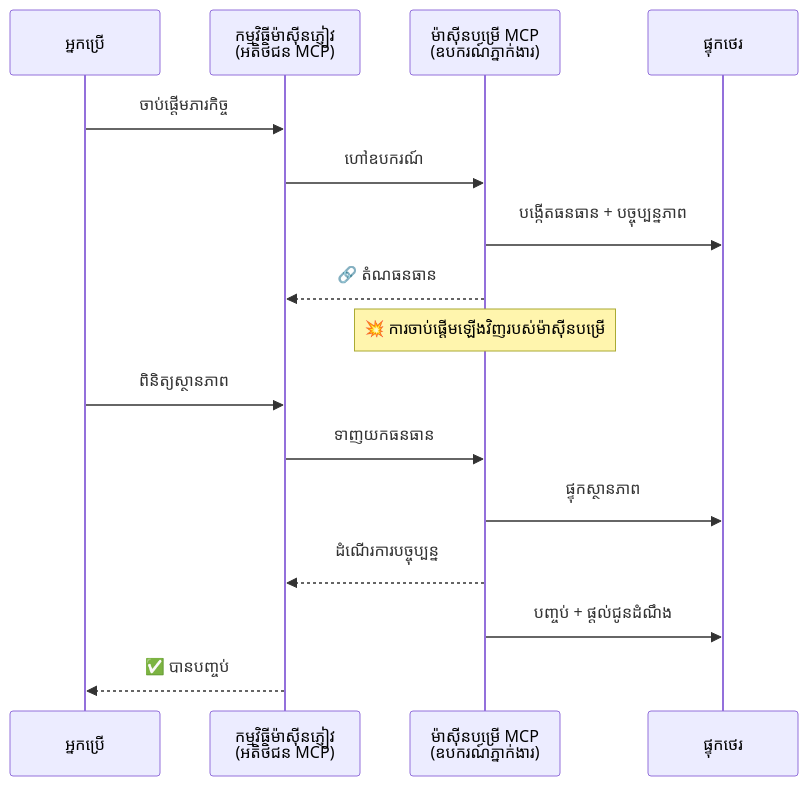
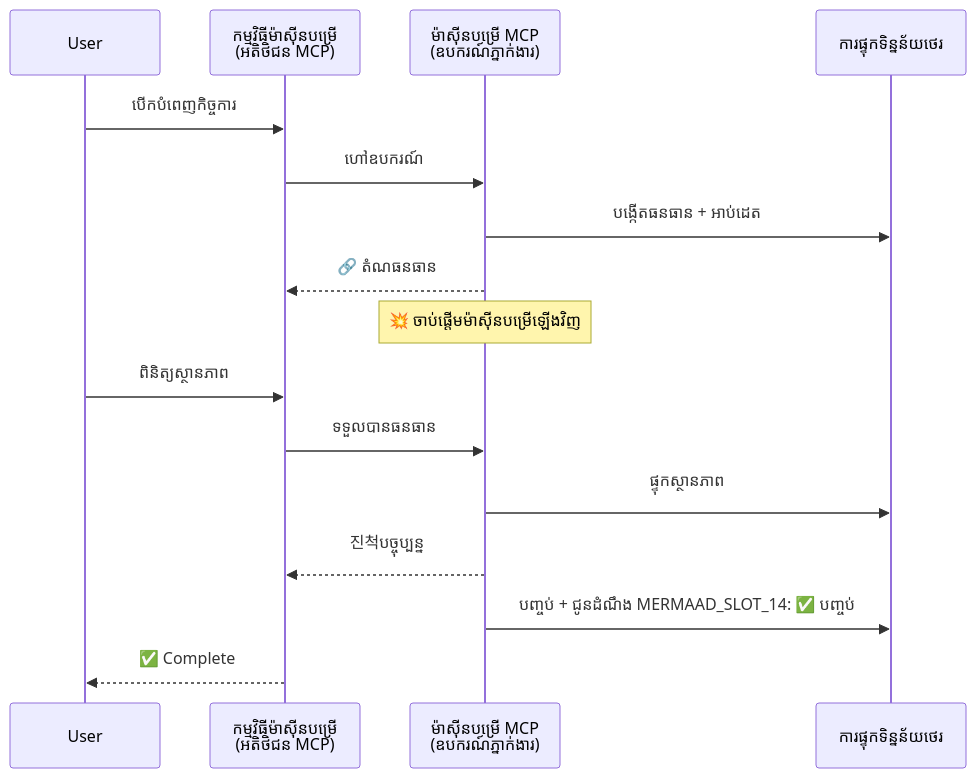
Before and after one commit to gabrielmoreira/agent-skills-mirror: the third of 5 diagrams in mirrors/repos/microsoft@ai-agents-for-beginners/translations/km/11-agentic-protocols/code_samples/mcp-agents/README.md, drawn with Mermaid. The commit also changed other lines of this file and 4262 other files, not shown here.

````diff
--- a/mirrors/repos/microsoft@ai-agents-for-beginners/translations/km/11-agentic-protocols/code_samples/mcp-agents/README.md
+++ b/mirrors/repos/microsoft@ai-agents-for-beginners/translations/km/11-agentic-protocols/code_samples/mcp-agents/README.md
@@ -121,21 +123,21 @@
 ```mermaid
 sequenceDiagram
-    participant User as អ្នកប្រើ
-    participant Host as កម្មវិធីម៉ាស៊ីនភ្ញៀវ<br/>(អតិថិជន MCP)
+    participant User
+    participant Host as កម្មវិធីម៉ាស៊ីនបម្រើ<br/>(អតិថិជន MCP)
     participant Server as ម៉ាស៊ីនបម្រើ MCP<br/>(ឧបករណ៍ភ្នាក់ងារ)
-    participant DB as ផ្ទុកថេរ
+    participant DB as ការផ្ទុកទិន្នន័យថេរ
 
-    User->>Host: ចាប់ផ្ដើមភារកិច្ច
+    User->>Host: បើកបំពេញកិច្ចការ
     Host->>Server: ហៅឧបករណ៍
-    Server->>DB: បង្កើតធនធាន + បច្ចុប្បន្នភាព
+    Server->>DB: បង្កើតធនធាន + អាប់ដេត
     Server-->>Host: 🔗 តំណធនធាន
 
-    Note over Server: 💥 ការចាប់ផ្ដើមឡើងវិញរបស់ម៉ាស៊ីនបម្រើ
+    Note over Server: 💥 ចាប់ផ្តើមម៉ាស៊ីនបម្រើឡើងវិញ
 
     User->>Host: ពិនិត្យស្ថានភាព
-    Host->>Server: ទាញយកធនធាន
+    Host->>Server: ទទួលបានធនធាន
     Server->>DB: ផ្ទុកស្ថានភាព
-    Server-->>Host: ដំណើរការបច្ចុប្បន្ន
-    Server->>DB: បញ្ចប់ + ផ្ដល់ជូនដំណឹង
-    Host-->>User: ✅ បានបញ្ចប់
+    Server-->>Host: 진척បច្ចុប្បន្ន
+    Server->>DB: បញ្ចប់ + ជូនដំណឹង MERMAAD_SLOT_14: ✅ បញ្ចប់
+    Host-->>User: ✅ Complete
 ```
````
